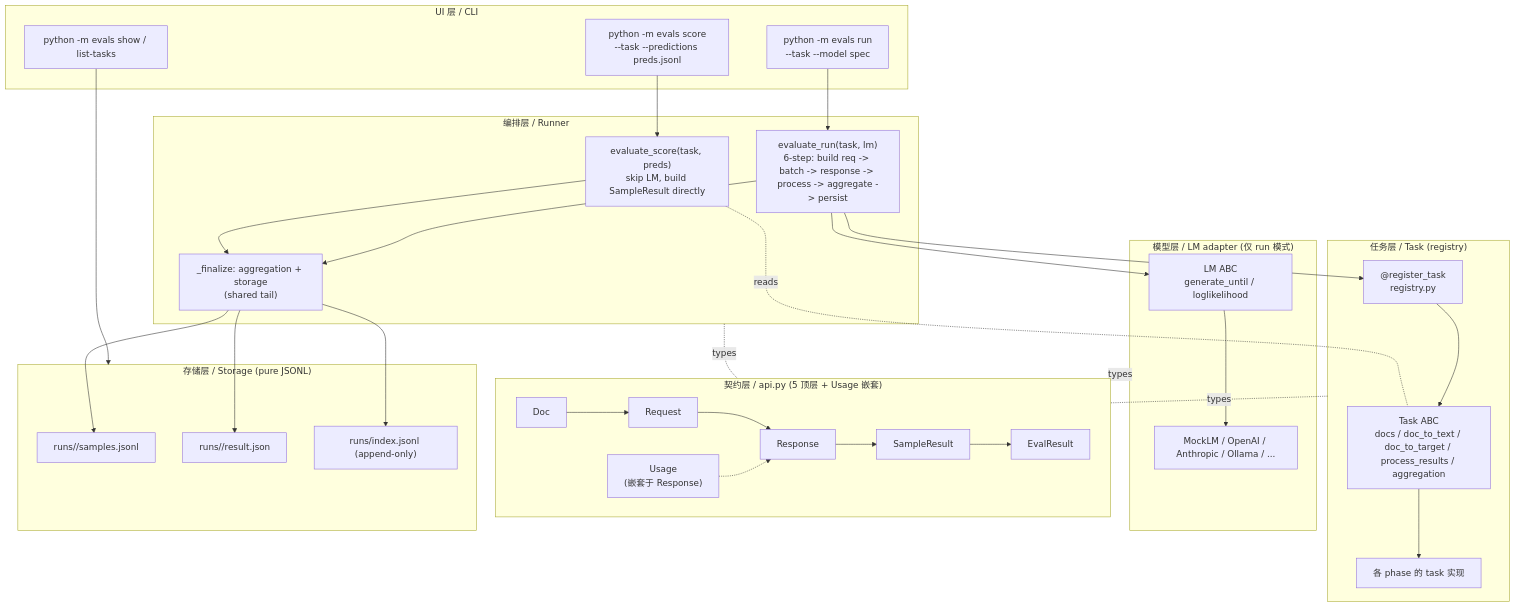
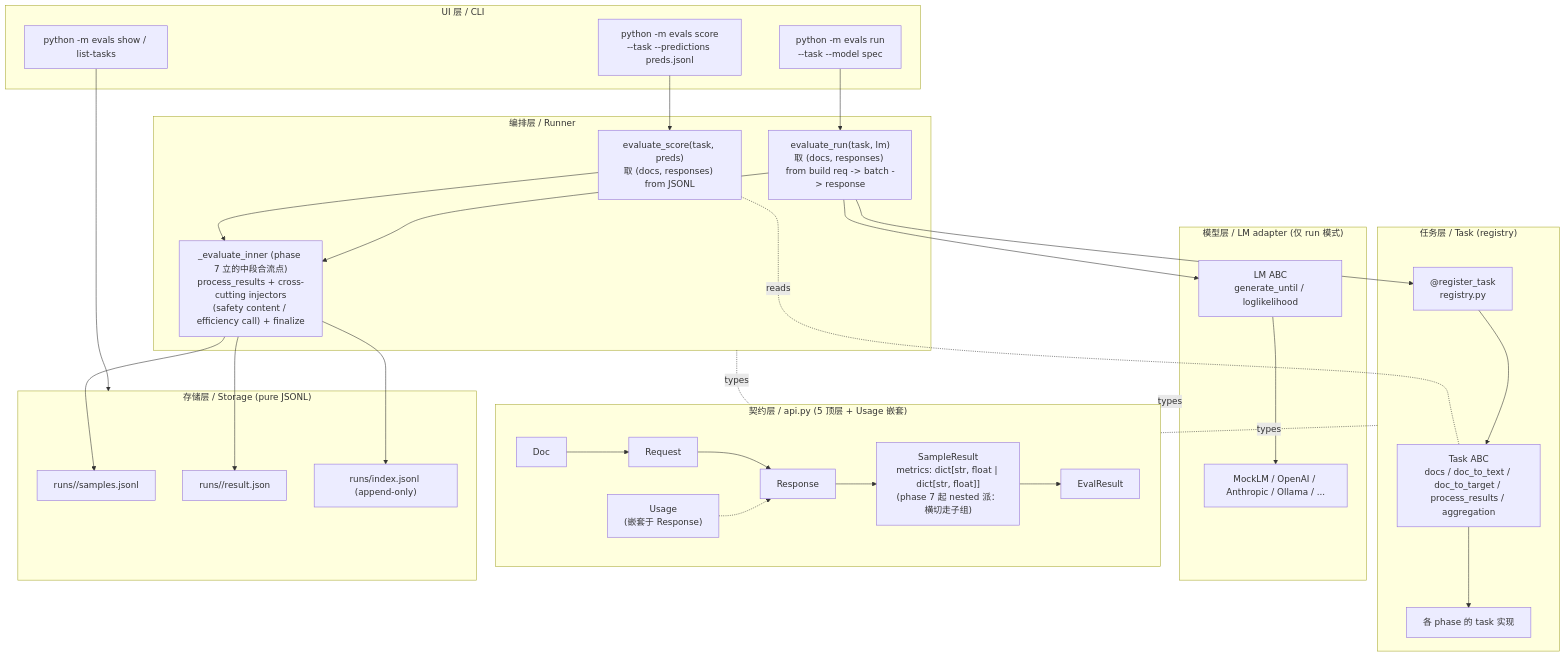
One commit to AndyUneducated/ai_workshop_demo changed the diagram in play/evals/README.md. Above: the diagram before and after it, drawn with Mermaid. The commit also changed other lines of this file and 28 other files, not shown here.

First line of the commit message:
feat(evals): phase 7 safety + cross-cutting ontology + sample.metrics nested-pattern unification

````diff
--- a/play/evals/README.md
+++ b/play/evals/README.md
@@ -27,45 +27,45 @@
 ```mermaid
 flowchart TB
     subgraph UI["UI 层 / CLI"]
         cliScore["python -m evals score<br/>--task --predictions preds.jsonl"]
         cliRun["python -m evals run<br/>--task --model spec"]
         cliShow["python -m evals show / list-tasks"]
     end
     subgraph ORCH["编排层 / Runner"]
-        off["evaluate_score(task, preds)<br/>skip LM, build SampleResult directly"]
-        act["evaluate_run(task, lm)<br/>6-step: build req -> batch -> response -> process -> aggregate -> persist"]
-        shared["_finalize: aggregation + storage<br/>(shared tail)"]
+        off["evaluate_score(task, preds)<br/>取 (docs, responses) from JSONL"]
+        act["evaluate_run(task, lm)<br/>取 (docs, responses) from build req -> batch -> response"]
+        shared["_evaluate_inner (phase 7 立的中段合流点)<br/>process_results + cross-cutting injectors<br/>(safety content / efficiency call) + finalize"]
     end
     subgraph TASK["任务层 / Task (registry)"]
         reg["@register_task<br/>registry.py"]
         base["Task ABC<br/>docs / doc_to_text / doc_to_target / process_results / aggregation"]
         tasks["各 phase 的 task 实现"]
     end
     subgraph LM["模型层 / LM adapter (仅 run 模式)"]
         lmbase["LM ABC<br/>generate_until / loglikelihood"]
         adapters["MockLM / OpenAI / Anthropic / Ollama / ..."]
     end
     subgraph CONTRACT["契约层 / api.py (5 顶层 + Usage 嵌套)"]
-        doc["Doc"] --> req["Request"] --> resp["Response"] --> sr["SampleResult"] --> er["EvalResult"]
+        doc["Doc"] --> req["Request"] --> resp["Response"] --> sr["SampleResult<br/>metrics: dict[str, float | dict[str, float]]<br/>(phase 7 起 nested 派：横切走子组)"] --> er["EvalResult"]
         usage["Usage<br/>(嵌套于 Response)"] -.-> resp
     end
     subgraph STORE["存储层 / Storage (pure JSONL)"]
         samples["runs/<id>/samples.jsonl"]
         result["runs/<id>/result.json"]
         idx["runs/index.jsonl (append-only)"]
     end
     cliScore --> off
     cliRun --> act
     cliShow --> STORE
     off --> shared
     act --> shared
     off -. reads .- base
     act --> reg --> base
     act --> lmbase
     base --> tasks
     lmbase --> adapters
     shared --> samples & result & idx
     TASK -. types .- CONTRACT
     LM -. types .- CONTRACT
     ORCH -. types .- CONTRACT
 ```
````
